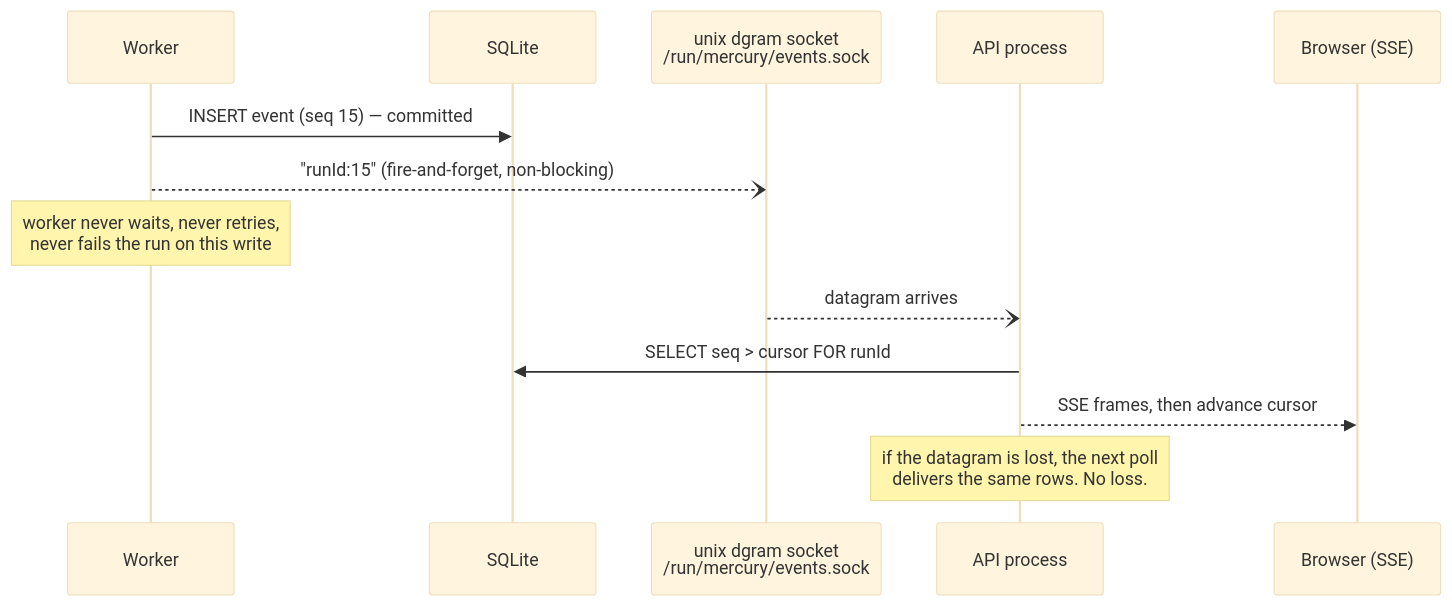
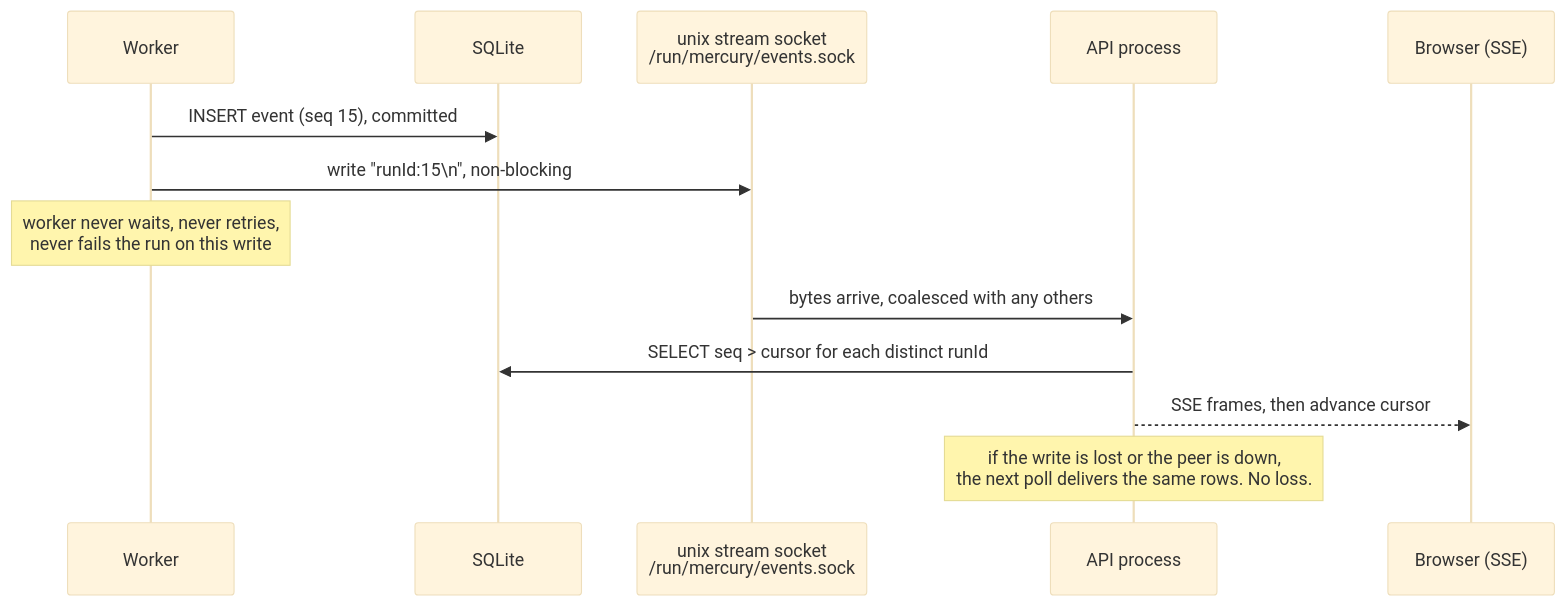
Before and after one commit to aywengo/mercury: the fifth of 6 diagrams in docs/cross-process-event-push.md, drawn with Mermaid (base theme). The commit also changed other lines of this file, not shown here.

First line of the commit message:
docs: Stage 1 cannot use a Unix datagram socket, and Option A's cost was understated

````diff
--- a/docs/cross-process-event-push.md
+++ b/docs/cross-process-event-push.md
@@ -411,15 +443,15 @@
 ```mermaid
 sequenceDiagram
     participant Wk as Worker
     participant DB as SQLite
-    participant SK as unix dgram socket<br/>/run/mercury/events.sock
+    participant SK as unix stream socket<br/>/run/mercury/events.sock
     participant API as API process
     participant BR as Browser (SSE)
-    Wk->>DB: INSERT event (seq 15) — committed
-    Wk--)SK: "runId:15" (fire-and-forget, non-blocking)
+    Wk->>DB: INSERT event (seq 15), committed
+    Wk->>SK: write "runId:15\n", non-blocking
     Note over Wk: worker never waits, never retries,<br/>never fails the run on this write
-    SK--)API: datagram arrives
-    API->>DB: SELECT seq > cursor FOR runId
+    SK->>API: bytes arrive, coalesced with any others
+    API->>DB: SELECT seq > cursor for each distinct runId
     API-->>BR: SSE frames, then advance cursor
-    Note over API: if the datagram is lost, the next poll<br/>delivers the same rows. No loss.
+    Note over API: if the write is lost or the peer is down,<br/>the next poll delivers the same rows. No loss.
 ```
````
